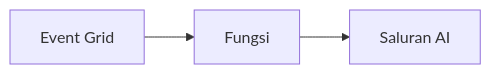
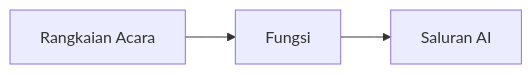
One commit to microsoft/AZD-for-beginners changed the second of 2 diagrams in translations/ms/docs/chapter-08-production/README.md. Above: the diagram before and after it, drawn with Mermaid. The commit also changed other lines of this file and 58 other files, not shown here.

````diff
--- a/translations/ms/docs/chapter-08-production/README.md
+++ b/translations/ms/docs/chapter-08-production/README.md
@@ -57,4 +57,4 @@
 ```mermaid
 graph LR
-    EventGrid[Event Grid] --> Functions[Fungsi] --> Pipeline[Saluran AI]
+    EventGrid[Rangkaian Acara] --> Functions[Fungsi] --> Pipeline[Saluran AI]
 ```
````
